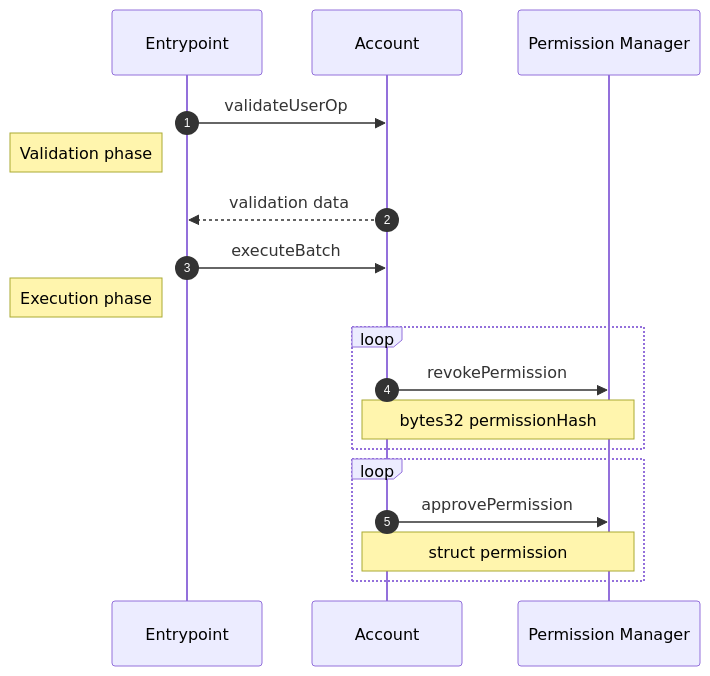
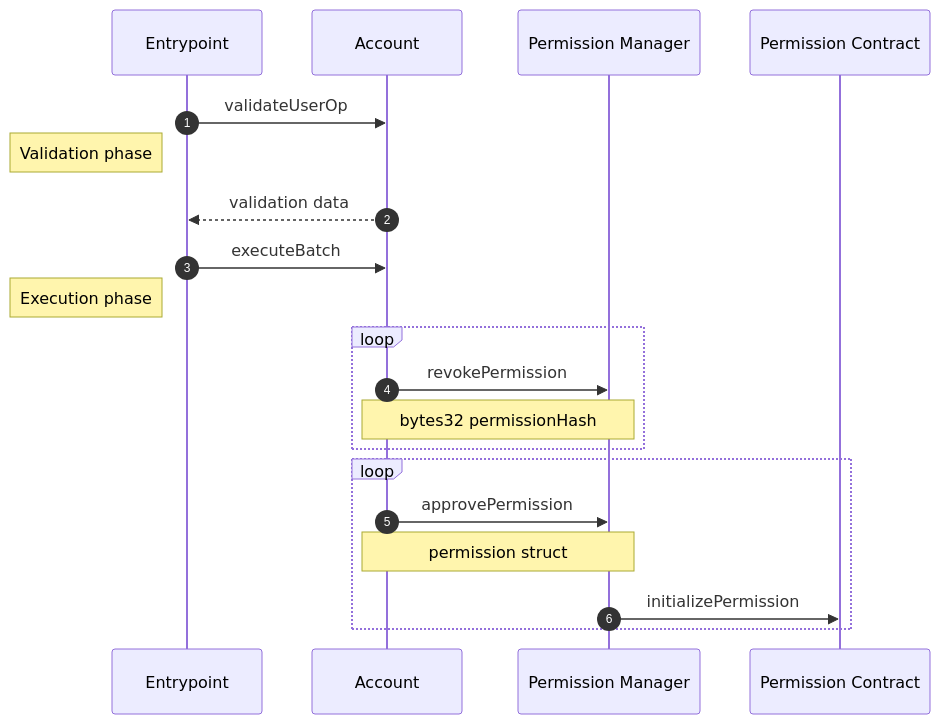
The diagram in docs/diagrams/onchain/batchUpdatePermissions.md (coinbase/smart-wallet-permissions), drawn with Mermaid before and after one commit. The commit also changed 13 other files, not shown here.

````diff
--- a/docs/diagrams/onchain/batchUpdatePermissions.md
+++ b/docs/diagrams/onchain/batchUpdatePermissions.md
@@ -5,21 +5,23 @@
 ```mermaid
 sequenceDiagram
     autonumber
     participant E as Entrypoint
     participant A as Account
     participant M as Permission Manager
+    participant P as Permission Contract
 
     E->>A: validateUserOp
     Note left of E: Validation phase
     A-->>E: validation data
     E->>A: executeBatch
     Note left of E: Execution phase
     loop
         A->>M: revokePermission
         Note over A,M: bytes32 permissionHash
     end
     loop
         A->>M: approvePermission
-        Note over A,M: struct permission
+        Note over A,M: permission struct
+        M->>P: initializePermission
     end
 ```
````
